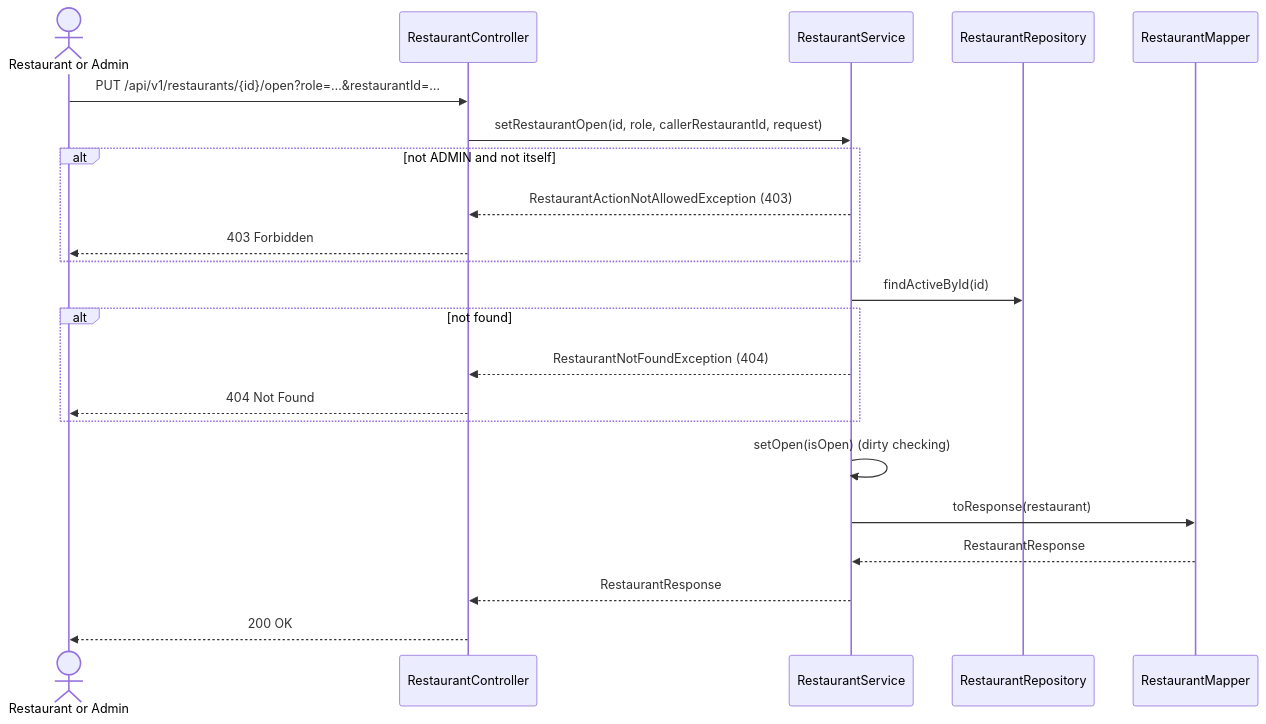
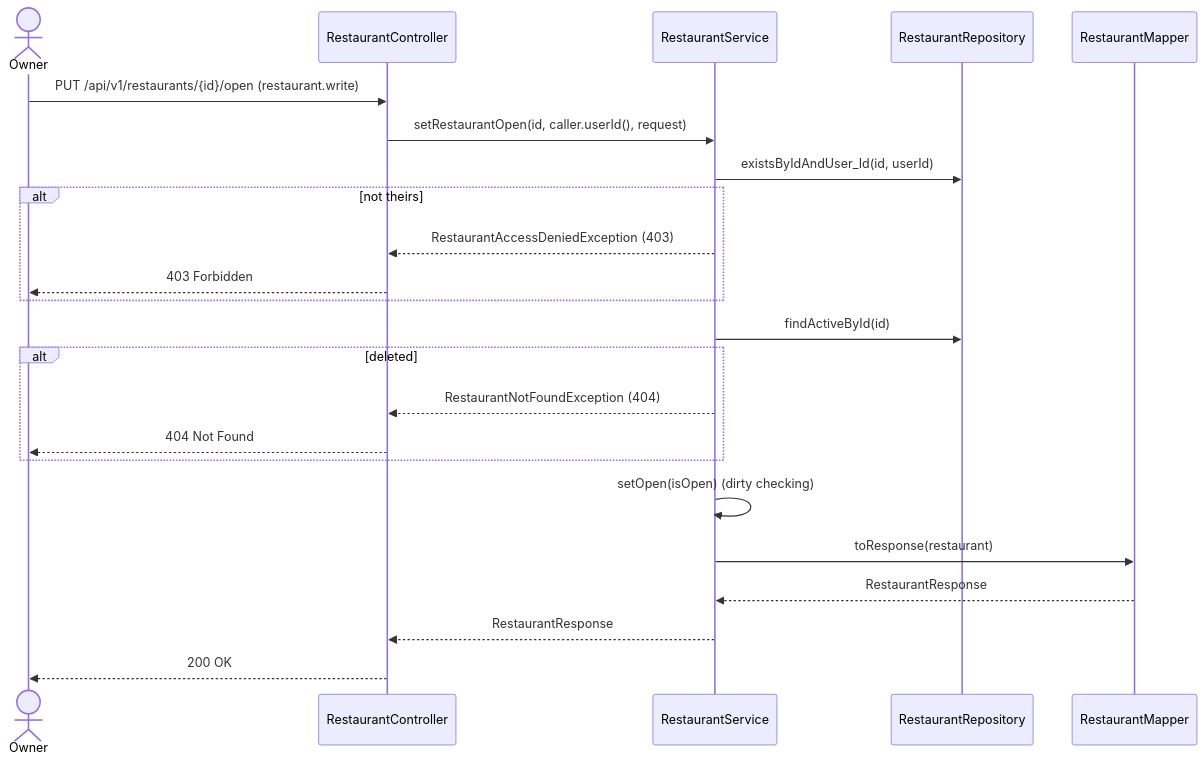
One commit to msmohammed0077-cmd/mentorship-restaurant changed the second of 2 diagrams in restaurant/.docs/use-cases/restaurant-management/set-restaurant-open/set-restaurant-open.md. Above: the diagram before and after it, drawn with Mermaid. The commit also changed other lines of this file and 27 other files, not shown here.

First line of the commit message:
Put the restaurant endpoints behind Keycloak auth

````diff
--- a/restaurant/.docs/use-cases/restaurant-management/set-restaurant-open/set-restaurant-open.md
+++ b/restaurant/.docs/use-cases/restaurant-management/set-restaurant-open/set-restaurant-open.md
@@ -112,25 +119,26 @@
 ```mermaid
 sequenceDiagram
-    actor Caller as Restaurant or Admin
+    actor Owner
     participant C as RestaurantController
     participant S as RestaurantService
     participant R as RestaurantRepository
     participant M as RestaurantMapper
 
-    Caller->>C: PUT /api/v1/restaurants/{id}/open?role=…&restaurantId=…
-    C->>S: setRestaurantOpen(id, role, callerRestaurantId, request)
-    alt not ADMIN and not itself
-        S-->>C: RestaurantActionNotAllowedException (403)
-        C-->>Caller: 403 Forbidden
+    Owner->>C: PUT /api/v1/restaurants/{id}/open (restaurant.write)
+    C->>S: setRestaurantOpen(id, caller.userId(), request)
+    S->>R: existsByIdAndUser_Id(id, userId)
+    alt not theirs
+        S-->>C: RestaurantAccessDeniedException (403)
+        C-->>Owner: 403 Forbidden
     end
     S->>R: findActiveById(id)
-    alt not found
+    alt deleted
         S-->>C: RestaurantNotFoundException (404)
-        C-->>Caller: 404 Not Found
+        C-->>Owner: 404 Not Found
     end
     S->>S: setOpen(isOpen) (dirty checking)
     S->>M: toResponse(restaurant)
     M-->>S: RestaurantResponse
     S-->>C: RestaurantResponse
-    C-->>Caller: 200 OK
+    C-->>Owner: 200 OK
 ```
````
